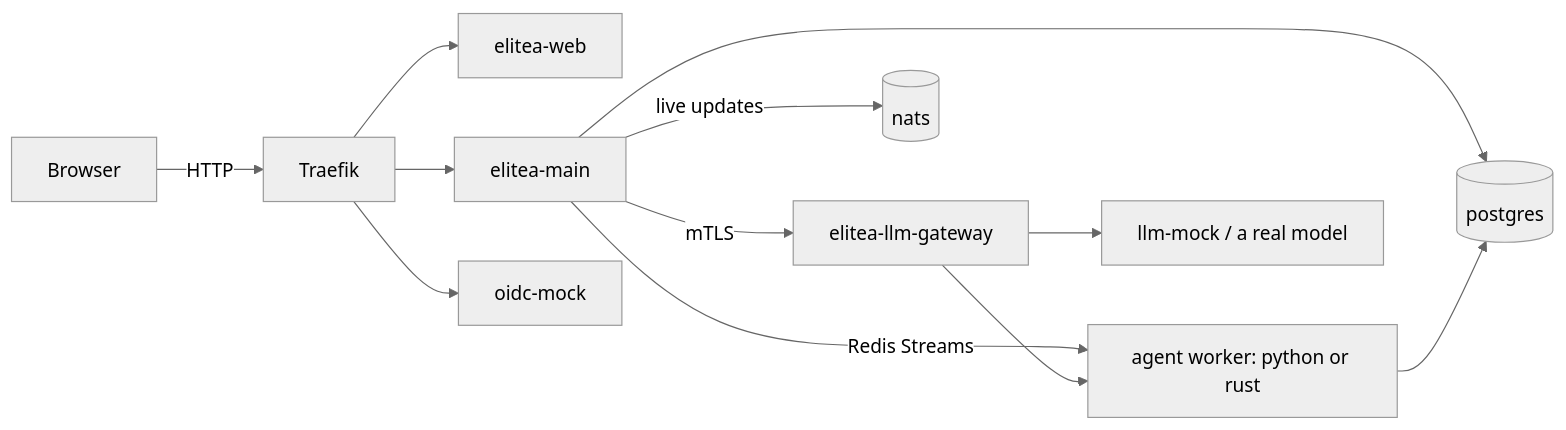
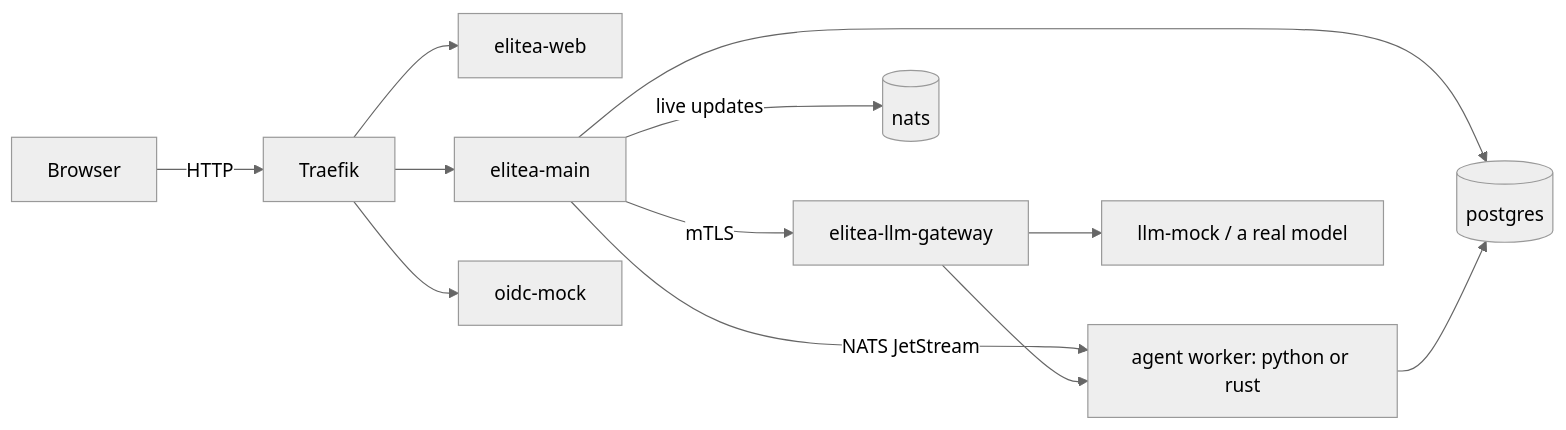
Before and after one commit to elitea-ng/elitea-platform: the diagram in apps/elitea-web/src/entries/docs/content/development/overview.mdx, drawn with Mermaid (neutral theme). The commit also changed other lines of this file and 13 other files, not shown here.

````diff
--- a/apps/elitea-web/src/entries/docs/content/development/overview.mdx
+++ b/apps/elitea-web/src/entries/docs/content/development/overview.mdx
@@ -72,14 +72,14 @@
 ```mermaid
 flowchart LR
     Browser -->|HTTP| Traefik
     Traefik --> Web[elitea-web]
     Traefik --> Main[elitea-main]
     Traefik --> OIDC[oidc-mock]
     Main -->|mTLS| Gateway[elitea-llm-gateway]
-    Main -->|Redis Streams| Worker[agent worker: python or rust]
+    Main -->|NATS JetStream| Worker[agent worker: python or rust]
     Gateway --> Worker
     Gateway --> LLMMock[llm-mock / a real model]
     Main --> DB[(postgres)]
     Main -->|live updates| NATS[(nats)]
     Worker --> DB
 ```
````
